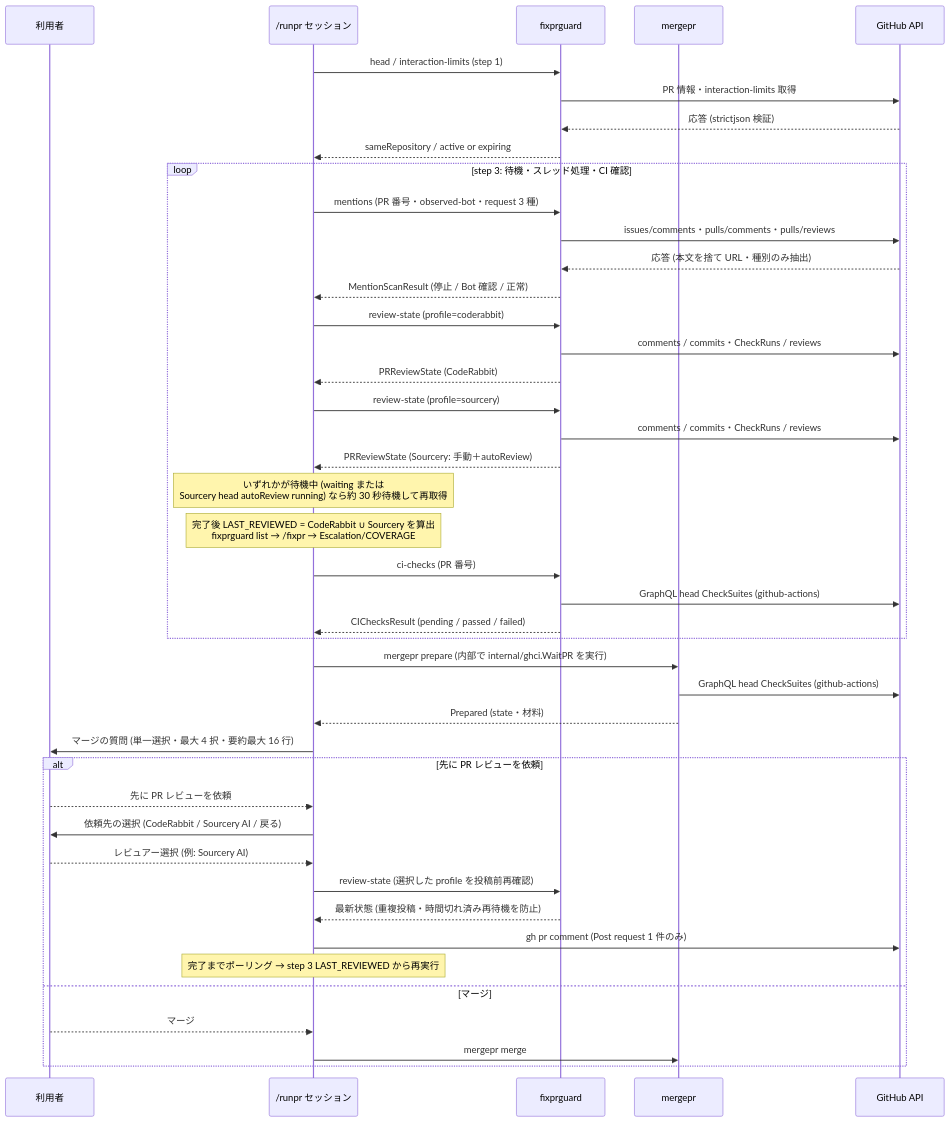
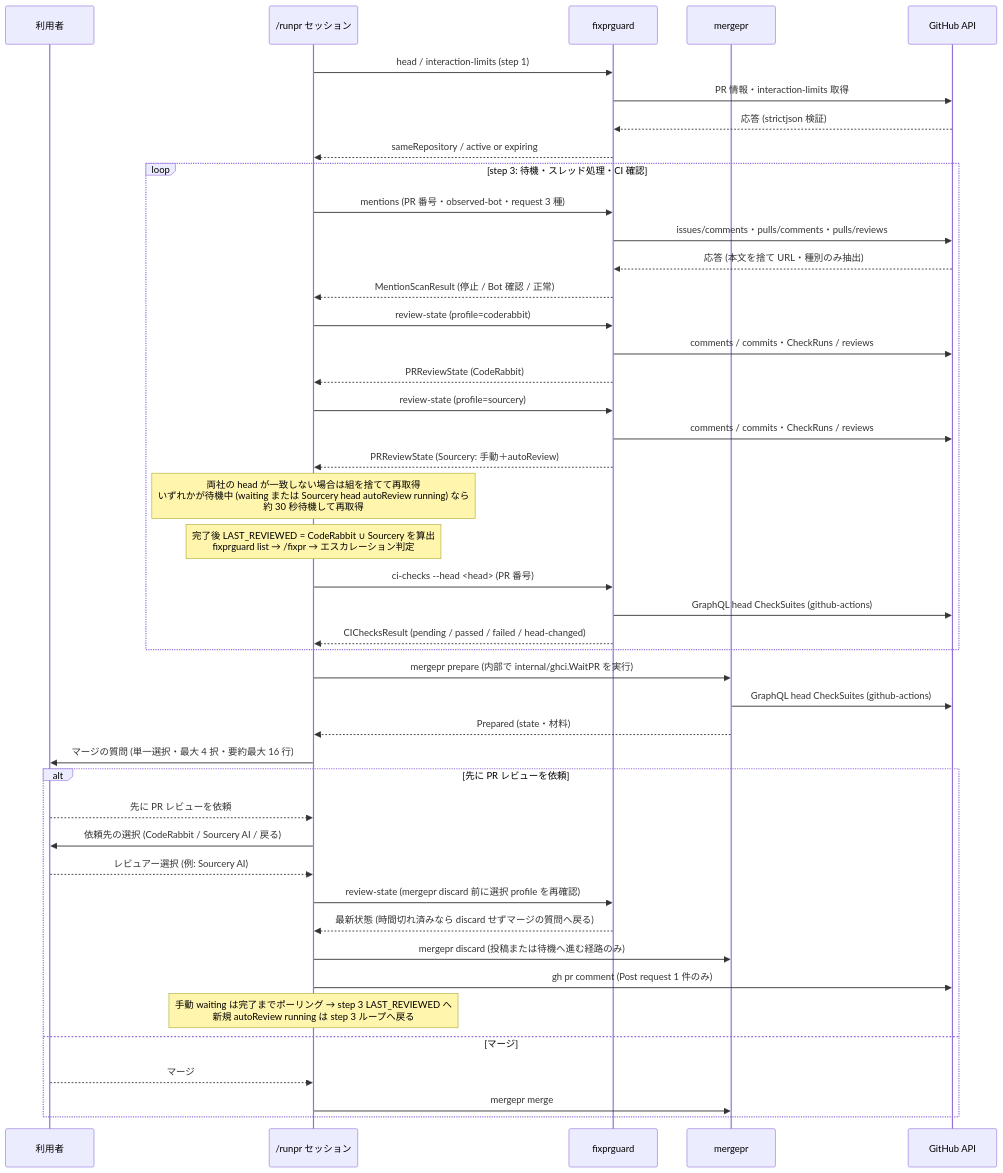
One commit to isseis/yt2column changed the third of 6 diagrams in docs/tasks/0122_sourcery_trusted_reviewer/02_architecture.md. Above: the diagram before and after it, drawn with Mermaid. The commit also changed other lines of this file and 3 other files, not shown here.

````diff
--- a/docs/tasks/0122_sourcery_trusted_reviewer/02_architecture.md
+++ b/docs/tasks/0122_sourcery_trusted_reviewer/02_architecture.md
@@ -227,53 +233,54 @@
 ```mermaid
 sequenceDiagram
     participant U as 利用者
     participant R as /runpr セッション
     participant FPG as fixprguard
     participant MPR as mergepr
     participant GH as GitHub API
 
     R->>FPG: head / interaction-limits (step 1)
     FPG->>GH: PR 情報・interaction-limits 取得
     GH-->>FPG: 応答 (strictjson 検証)
     FPG-->>R: sameRepository / active or expiring
 
     loop step 3: 待機・スレッド処理・CI 確認
         R->>FPG: mentions (PR 番号・observed-bot・request 3 種)
         FPG->>GH: issues/comments・pulls/comments・pulls/reviews
         GH-->>FPG: 応答 (本文を捨て URL・種別のみ抽出)
         FPG-->>R: MentionScanResult (停止 / Bot 確認 / 正常)
 
         R->>FPG: review-state (profile=coderabbit)
         FPG->>GH: comments / commits・CheckRuns / reviews
         FPG-->>R: PRReviewState (CodeRabbit)
 
         R->>FPG: review-state (profile=sourcery)
         FPG->>GH: comments / commits・CheckRuns / reviews
         FPG-->>R: PRReviewState (Sourcery: 手動＋autoReview)
 
-        Note over R: いずれかが待機中 (waiting または<br>Sourcery head autoReview running) なら約 30 秒待機して再取得
-        Note over R: 完了後 LAST_REVIEWED = CodeRabbit ∪ Sourcery を算出<br>fixprguard list → /fixpr → Escalation/COVERAGE
+        Note over R: 両社の head が一致しない場合は組を捨てて再取得<br>いずれかが待機中 (waiting または Sourcery head autoReview running) なら<br>約 30 秒待機して再取得
+        Note over R: 完了後 LAST_REVIEWED = CodeRabbit ∪ Sourcery を算出<br>fixprguard list → /fixpr → エスカレーション判定
 
-        R->>FPG: ci-checks (PR 番号)
+        R->>FPG: ci-checks --head <head> (PR 番号)
         FPG->>GH: GraphQL head CheckSuites (github-actions)
-        FPG-->>R: CIChecksResult (pending / passed / failed)
+        FPG-->>R: CIChecksResult (pending / passed / failed / head-changed)
     end
 
     R->>MPR: mergepr prepare (内部で internal/ghci.WaitPR を実行)
     MPR->>GH: GraphQL head CheckSuites (github-actions)
     MPR-->>R: Prepared (state・材料)
 
     R->>U: マージの質問 (単一選択・最大 4 択・要約最大 16 行)
     alt 先に PR レビューを依頼
         U-->>R: 先に PR レビューを依頼
         R->>U: 依頼先の選択 (CodeRabbit / Sourcery AI / 戻る)
         U-->>R: レビュアー選択 (例: Sourcery AI)
-        R->>FPG: review-state (選択した profile を投稿前再確認)
-        FPG-->>R: 最新状態 (重複投稿・時間切れ済み再待機を防止)
+        R->>FPG: review-state (mergepr discard 前に選択 profile を再確認)
+        FPG-->>R: 最新状態 (時間切れ済みなら discard せずマージの質問へ戻る)
+        R->>MPR: mergepr discard (投稿または待機へ進む経路のみ)
         R->>GH: gh pr comment (Post request 1 件のみ)
-        Note over R: 完了までポーリング → step 3 LAST_REVIEWED から再実行
+        Note over R: 手動 waiting は完了までポーリング → step 3 LAST_REVIEWED へ<br>新規 autoReview running は step 3 ループへ戻る
     else マージ
         U-->>R: マージ
         R->>MPR: mergepr merge
     end
 ```
````
